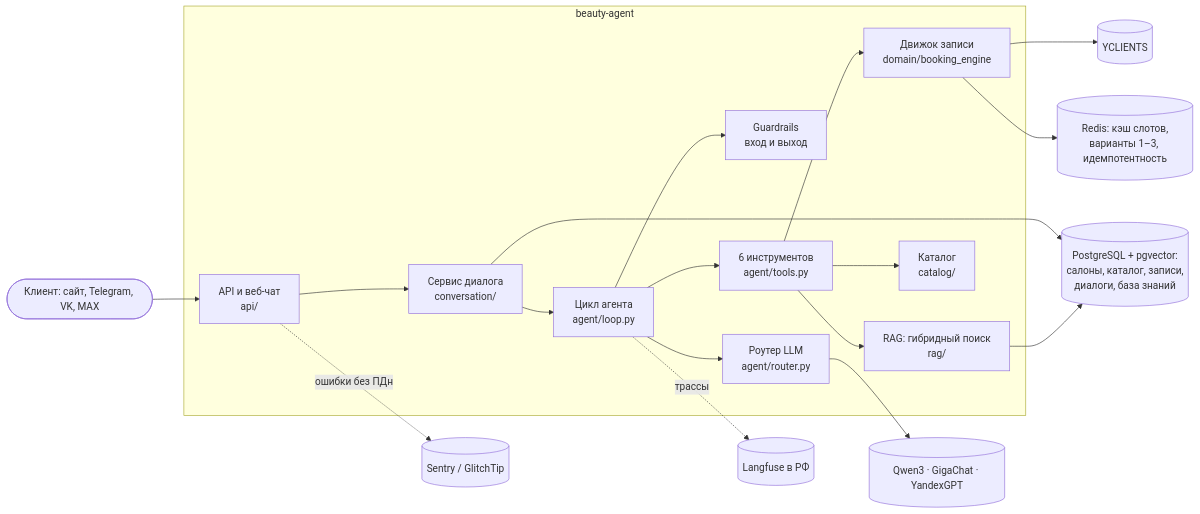
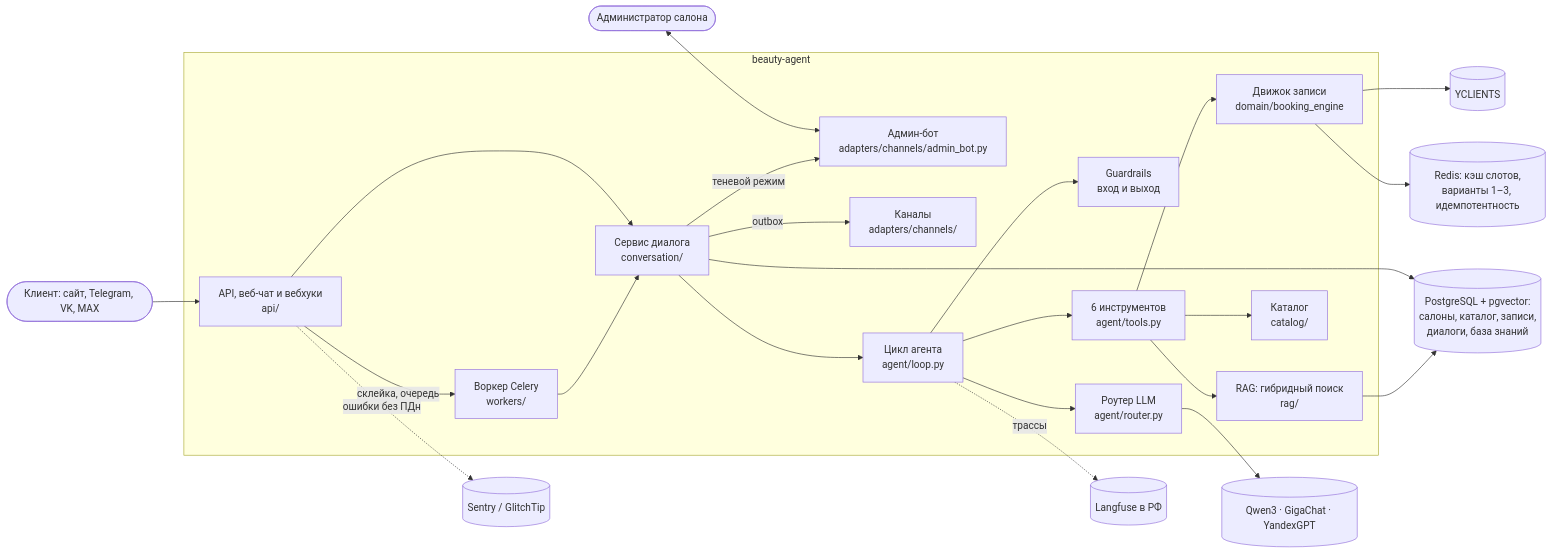
The diagram in docs/architecture.md (Bananas1631/Ai-beauty-agent), drawn with Mermaid before and after one commit. The commit also changed other lines of this file and 2 other files, not shown here.

Commit message:
docs: чек-лист подключения салона, интеграция с MAX, архитектура с очередью и админ-ботом

````diff
--- a/docs/architecture.md
+++ b/docs/architecture.md
@@ -6,23 +7,28 @@
 ```mermaid
 flowchart LR
     client([Клиент: сайт, Telegram, VK, MAX]) --> api
+    admin([Администратор салона]) <--> adminbot
 
     subgraph app [beauty-agent]
-        api[API и веб-чат<br/>api/] --> conv[Сервис диалога<br/>conversation/]
+        api[API, веб-чат и вебхуки<br/>api/] -->|склейка, очередь| worker[Воркер Celery<br/>workers/]
+        api --> conv
+        worker --> conv[Сервис диалога<br/>conversation/]
+        conv -->|теневой режим| adminbot[Админ-бот<br/>adapters/channels/admin_bot.py]
+        conv -->|outbox| channels[Каналы<br/>adapters/channels/]
         conv --> agent[Цикл агента<br/>agent/loop.py]
         agent --> guard[Guardrails<br/>вход и выход]
         agent --> tools[6 инструментов<br/>agent/tools.py]
         tools --> engine[Движок записи<br/>domain/booking_engine]
         tools --> rag[RAG: гибридный поиск<br/>rag/]
         tools --> catalog[Каталог<br/>catalog/]
         agent --> router[Роутер LLM<br/>agent/router.py]
     end
 
     router --> llm[(Qwen3 · GigaChat · YandexGPT)]
     engine --> crm[(YCLIENTS)]
     engine --> redis[(Redis: кэш слотов,<br/>варианты 1–3, идемпотентность)]
     conv --> pg[(PostgreSQL + pgvector:<br/>салоны, каталог, записи,<br/>диалоги, база знаний)]
     rag --> pg
     agent -. трассы .-> langfuse[(Langfuse в РФ)]
     api -. ошибки без ПДн .-> sentry[(Sentry / GlitchTip)]
 ```
````
